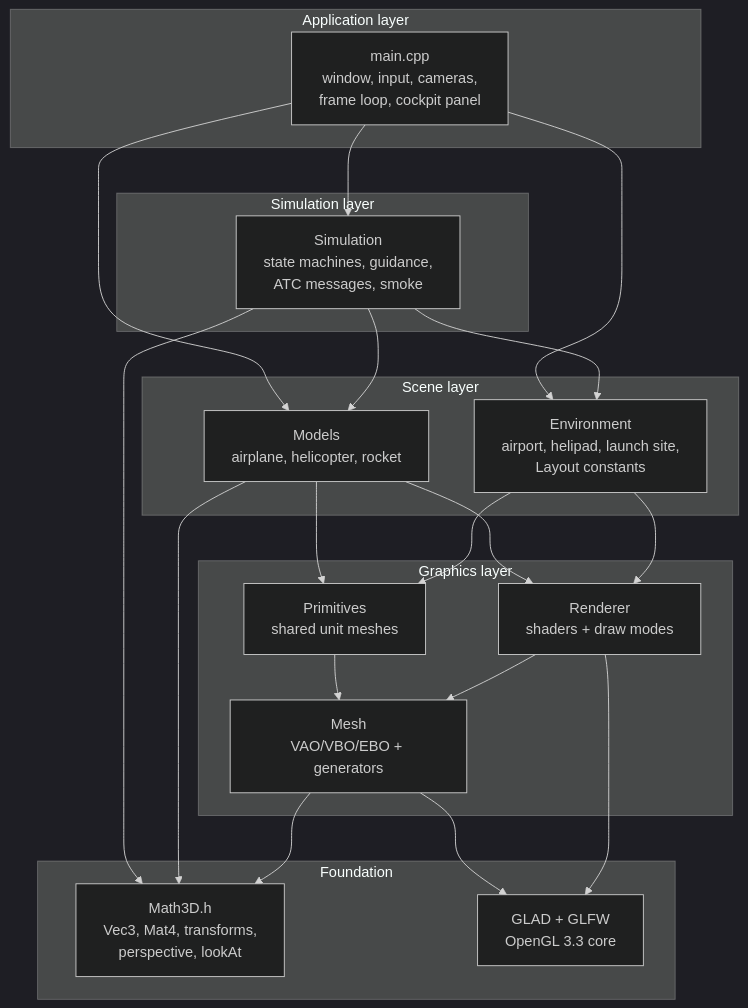
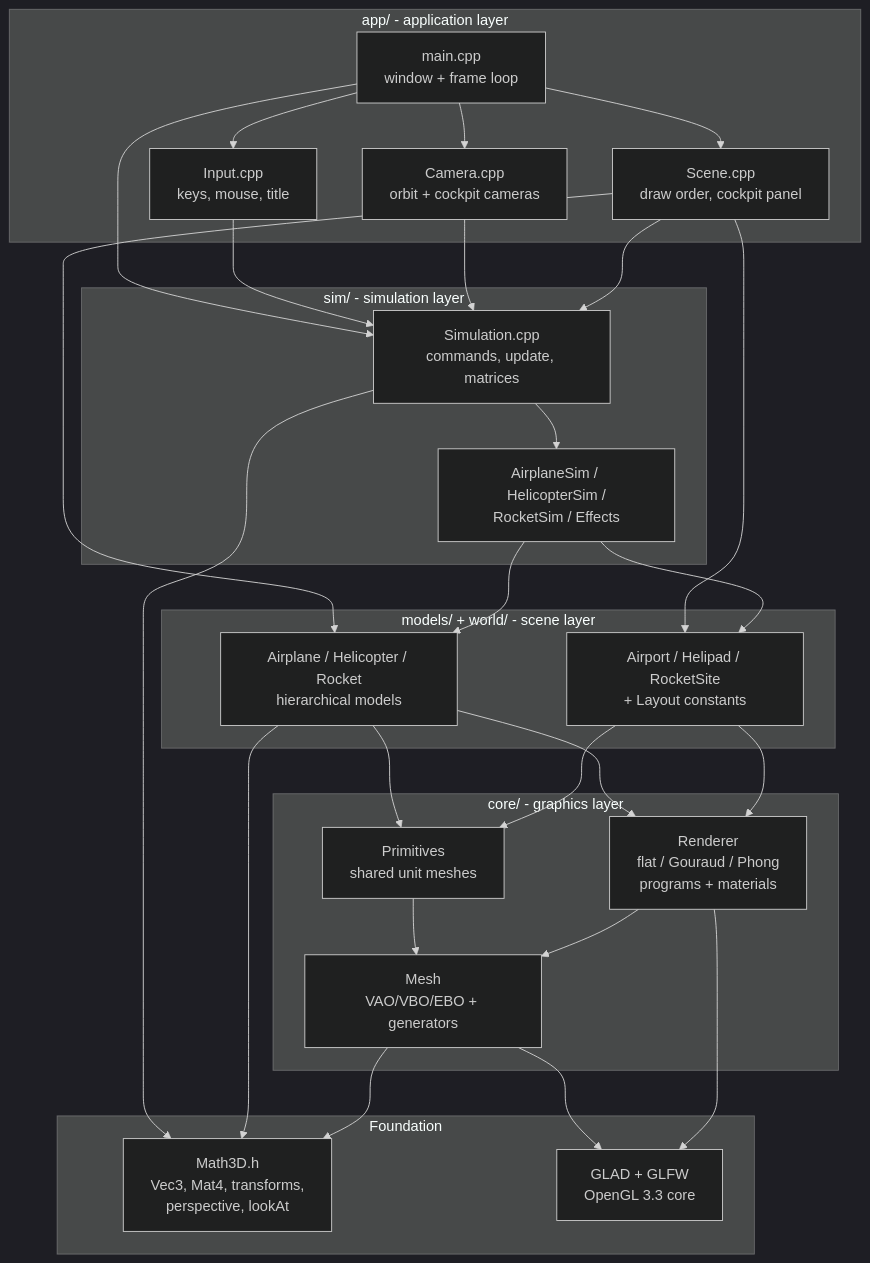
Before and after one commit to shishir-kuet/airport-atc-simulation-opengl: the first of 5 diagrams in README.md, drawn with Mermaid (dark theme). The commit also changed other lines of this file and 1 other file, not shown here.

````diff
--- a/README.md
+++ b/README.md
@@ -132,39 +161,50 @@
 ```mermaid
 flowchart TB
-    subgraph APP["Application layer"]
-        MAIN["main.cpp<br/>window, input, cameras,<br/>frame loop, cockpit panel"]
+    subgraph APP["app/ - application layer"]
+        MAIN["main.cpp<br/>window + frame loop"]
+        INPUT["Input.cpp<br/>keys, mouse, title"]
+        CAM["Camera.cpp<br/>orbit + cockpit cameras"]
+        SCN["Scene.cpp<br/>draw order, cockpit panel"]
     end
-    subgraph LOGIC["Simulation layer"]
-        SIM["Simulation<br/>state machines, guidance,<br/>ATC messages, smoke"]
+    subgraph LOGIC["sim/ - simulation layer"]
+        SIM["Simulation.cpp<br/>commands, update, matrices"]
+        VEH["AirplaneSim / HelicopterSim /<br/>RocketSim / Effects"]
     end
-    subgraph SCENE["Scene layer"]
-        MOD["Models<br/>airplane, helicopter, rocket"]
-        ENV["Environment<br/>airport, helipad, launch site,<br/>Layout constants"]
+    subgraph SCENE["models/ + world/ - scene layer"]
+        MOD["Airplane / Helicopter / Rocket<br/>hierarchical models"]
+        ENV["Airport / Helipad / RocketSite<br/>+ Layout constants"]
     end
-    subgraph GFX["Graphics layer"]
+    subgraph GFX["core/ - graphics layer"]
         PRIM["Primitives<br/>shared unit meshes"]
-        REN["Renderer<br/>shaders + draw modes"]
+        REN["Renderer<br/>flat / Gouraud / Phong<br/>programs + materials"]
         MESH["Mesh<br/>VAO/VBO/EBO + generators"]
     end
     subgraph BASE["Foundation"]
         MATH["Math3D.h<br/>Vec3, Mat4, transforms,<br/>perspective, lookAt"]
         GL["GLAD + GLFW<br/>OpenGL 3.3 core"]
     end
 
+    MAIN --> INPUT
+    MAIN --> CAM
+    MAIN --> SCN
     MAIN --> SIM
-    MAIN --> MOD
-    MAIN --> ENV
-    SIM --> MOD
-    SIM --> ENV
+    INPUT --> SIM
+    CAM --> SIM
+    SCN --> SIM
+    SCN --> MOD
+    SCN --> ENV
+    SIM --> VEH
+    VEH --> MOD
+    VEH --> ENV
     MOD --> PRIM
     MOD --> REN
     ENV --> PRIM
     ENV --> REN
     PRIM --> MESH
     REN --> MESH
     MESH --> GL
     REN --> GL
     SIM --> MATH
     MOD --> MATH
     MESH --> MATH
 ```
````
